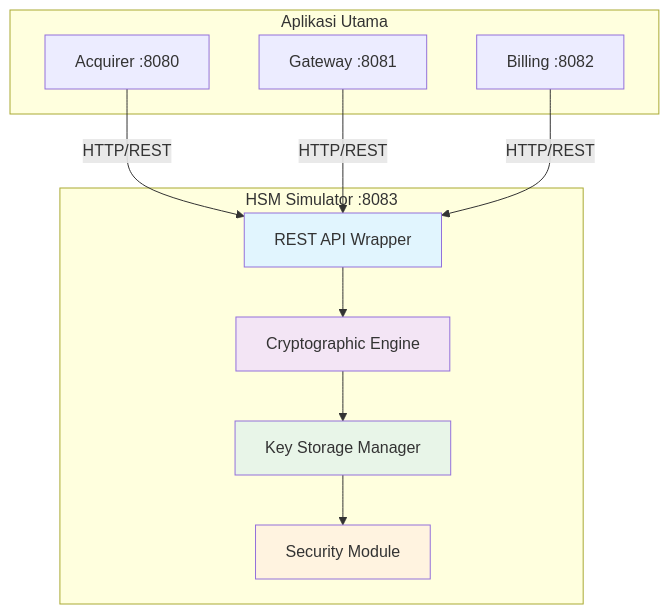
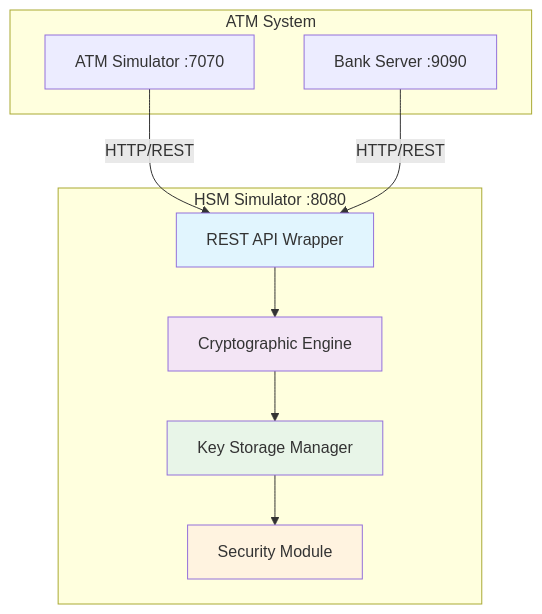
Before and after one commit to artivisi/training-spring-jpos-2025: the first of 11 diagrams in workshop/day-4/INSTRUCTIONS.md, drawn with Mermaid. The commit also changed other lines of this file and 30 other files, not shown here.

First line of the commit message:
rewrite workshop content from generic payment system to ATM banking system

````diff
--- a/workshop/day-4/INSTRUCTIONS.md
+++ b/workshop/day-4/INSTRUCTIONS.md
@@ -13,28 +14,26 @@
 ```mermaid
 graph TB
-    subgraph "HSM Simulator :8083"
+    subgraph "HSM Simulator :8080"
         H1[REST API Wrapper]
         H2[Cryptographic Engine]
         H3[Key Storage Manager]
         H4[Security Module]
     end
 
-    subgraph "Aplikasi Utama"
-        A[Acquirer :8080]
-        G[Gateway :8081]
-        B[Billing :8082]
+    subgraph "ATM System"
+        A[ATM Simulator :7070]
+        B[Bank Server :9090]
     end
 
     A -->|HTTP/REST| H1
-    G -->|HTTP/REST| H1
     B -->|HTTP/REST| H1
 
     H1 --> H2
     H2 --> H3
     H3 --> H4
 
     style H1 fill:#e1f5fe
     style H2 fill:#f3e5f5
     style H3 fill:#e8f5e8
     style H4 fill:#fff3e0
 ```
````
